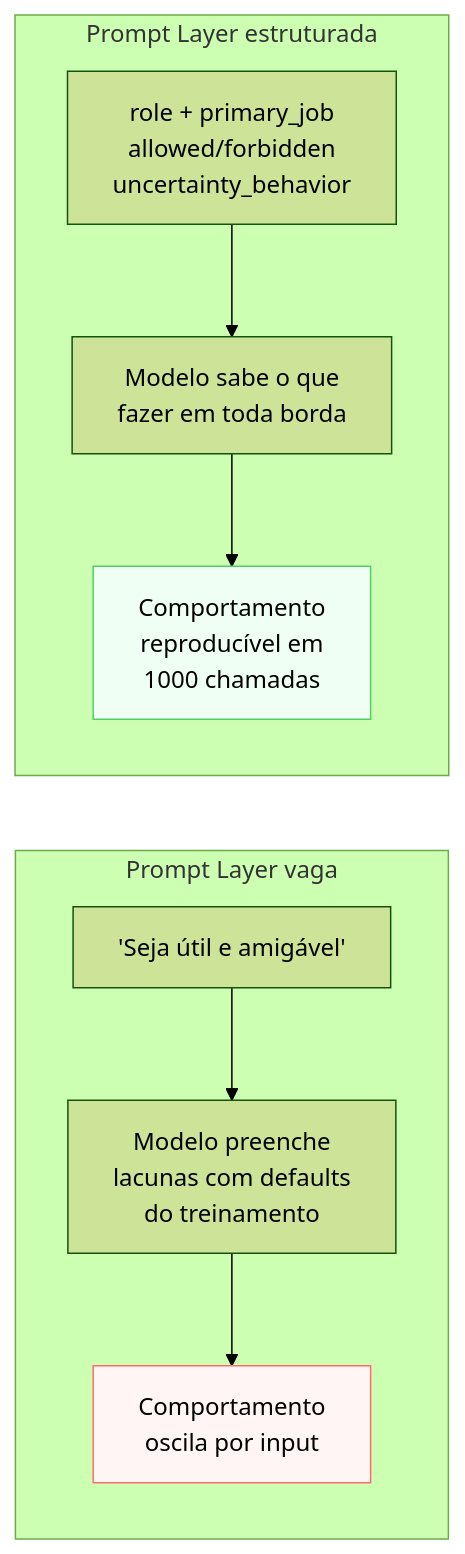
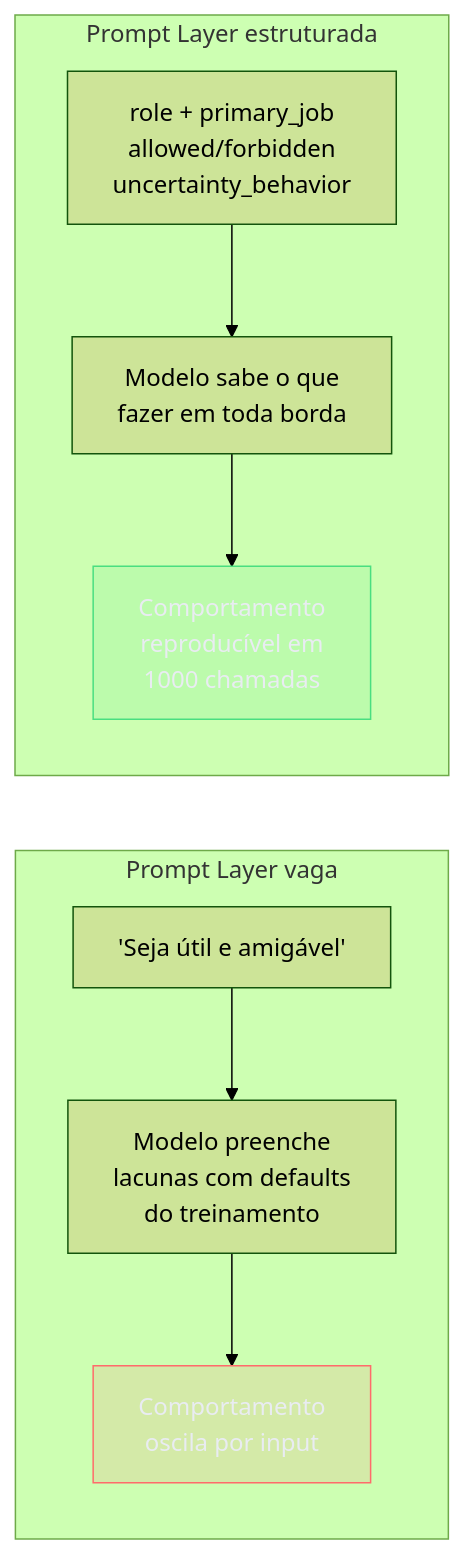
One commit to josenaldo/codex-technomanticus changed the diagram in 03-Dominios/Tecnologia/IA/AI Engineering Stack/03 - Prompt Layer.md. Above: the diagram before and after it, drawn with Mermaid (forest theme). The commit also changed 1181 other files, not shown here.

First line of the commit message:
fix(diagramas): paleta do sistema no lugar de cor cravada no markdown

````diff
--- a/03-Dominios/Tecnologia/IA/AI Engineering Stack/03 - Prompt Layer.md
+++ b/03-Dominios/Tecnologia/IA/AI Engineering Stack/03 - Prompt Layer.md
@@ -31,20 +31,22 @@
 ```mermaid
 flowchart LR
+    classDef falha fill:#FF6B6B24,stroke:#FF6B6B,color:#E9ECF2
+    classDef ok fill:#4ADE8021,stroke:#4ADE80,color:#E9ECF2
     subgraph "Prompt Layer vaga"
         A1["'Seja útil e amigável'"]
         A2["Modelo preenche\nlacunas com defaults\ndo treinamento"]
         A3["Comportamento\noscila por input"]
     end
 
     subgraph "Prompt Layer estruturada"
         B1["role + primary_job\nallowed/forbidden\nuncertainty_behavior"]
         B2["Modelo sabe o que\nfazer em toda borda"]
         B3["Comportamento\nreproducível em\n1000 chamadas"]
     end
 
     A1 --> A2 --> A3
     B1 --> B2 --> B3
 
-    style A3 fill:#fff5f5,stroke:#ff6b6b
-    style B3 fill:#f0fff4,stroke:#51cf66
+    class A3 falha
+    class B3 ok
 ```
````
